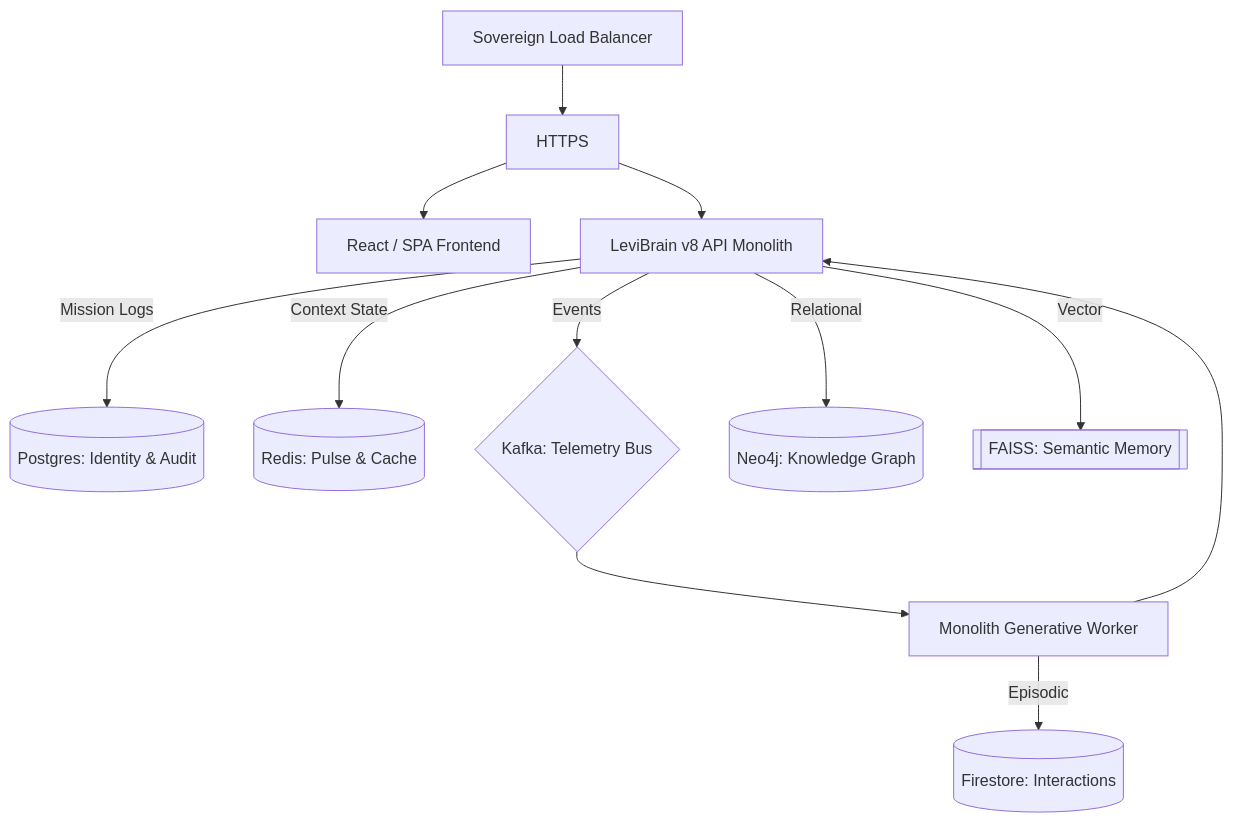
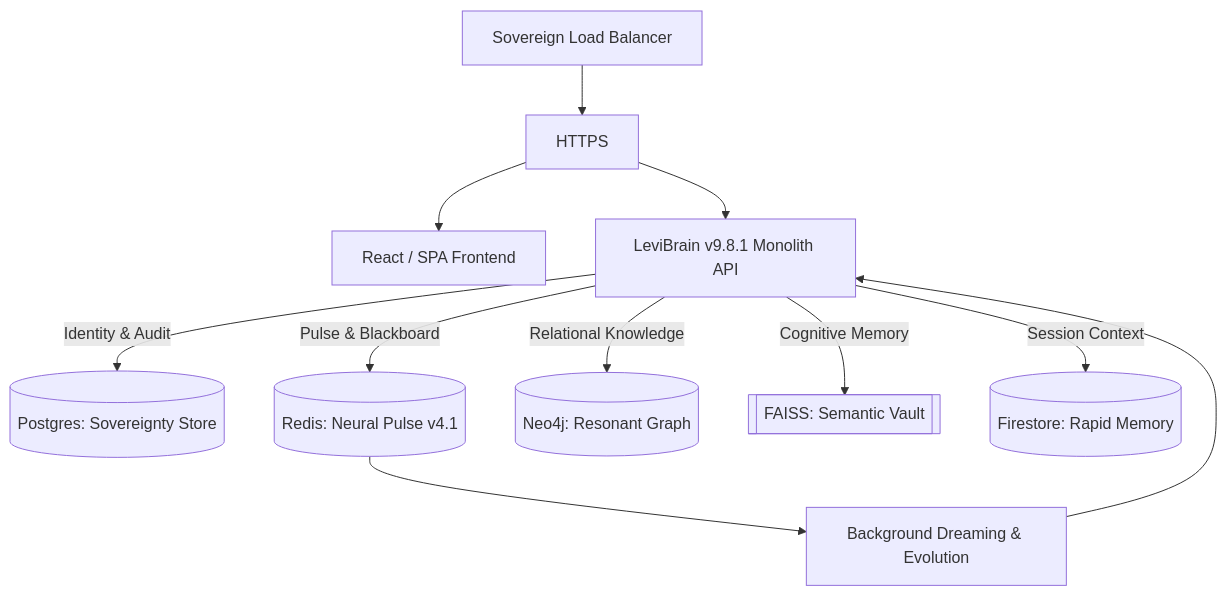
One commit to Blackdrg/levi-ai-innovate changed the diagram in docs/DEPLOYMENT.md. Above: the diagram before and after it, drawn with Mermaid. The commit also changed other lines of this file and 51 other files, not shown here.

First line of the commit message:
feat(v9.8.1): LEVI-AI Sovereign Monolith Graduation

````diff
--- a/docs/DEPLOYMENT.md
+++ b/docs/DEPLOYMENT.md
@@ -13,17 +13,17 @@
 ```mermaid
 graph TD
     LB[Sovereign Load Balancer] --> HTTPS
     HTTPS --> Web[React / SPA Frontend]
-    HTTPS --> V8[LeviBrain v8 API Monolith]
+    HTTPS --> V8[LeviBrain v9.8.1 Monolith API]
     
     %% Service Fabric
-    V8 -->|Mission Logs| Postgres[(Postgres: Identity & Audit)]
-    V8 -->|Context State| Redis[(Redis: Pulse & Cache)]
-    V8 -->|Events| Kafka{Kafka: Telemetry Bus}
-    V8 -->|Relational| Neo4j[(Neo4j: Knowledge Graph)]
-    V8 -->|Vector| FAISS[[FAISS: Semantic Memory]]
+    V8 -->|Identity & Audit| Postgres[(Postgres: Sovereignty Store)]
+    V8 -->|Pulse & Blackboard| Redis[(Redis: Neural Pulse v4.1)]
+    V8 -->|Relational Knowledge| Neo4j[(Neo4j: Resonant Graph)]
+    V8 -->|Cognitive Memory| FAISS[[FAISS: Semantic Vault]]
+    V8 -->|Session Context| Firestore[(Firestore: Rapid Memory)]
     
-    Kafka --> Worker[Monolith Generative Worker]
+    %% Async Loops
+    Redis --> Worker[Background Dreaming & Evolution]
     Worker --> V8
-    Worker -->|Episodic| Firestore[(Firestore: Interactions)]
 ```
````
